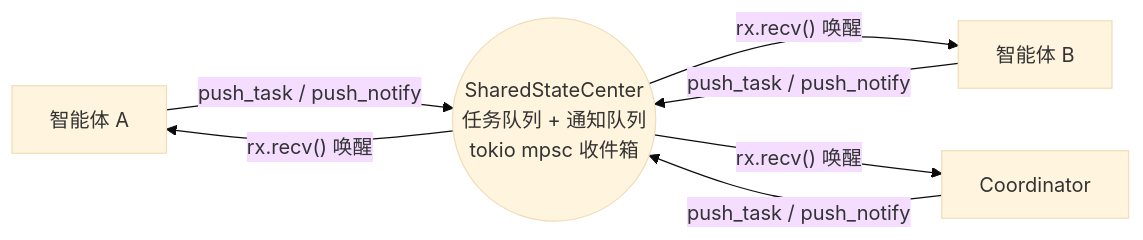
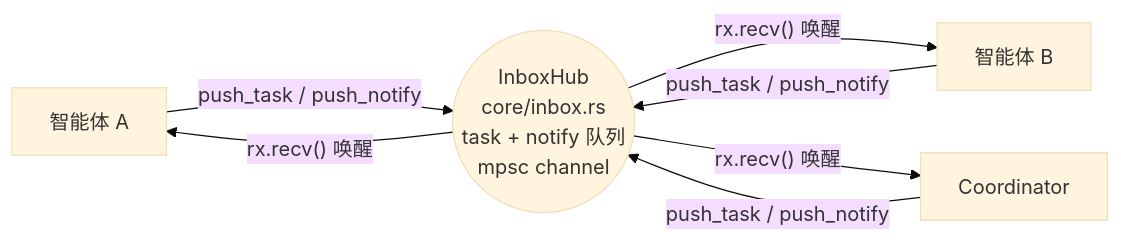
One commit to free-wyq/multi-Agent changed the second of 6 diagrams in README.md. Above: the diagram before and after it, drawn with Mermaid (base theme). The commit also changed other lines of this file and 9 other files, not shown here.

````diff
--- a/README.md
+++ b/README.md
@@ -52,14 +75,14 @@
 ```mermaid
 graph LR
     A["智能体 A"]
     B["智能体 B"]
     C["Coordinator"]
-    SS(("SharedStateCenter<br/>任务队列 + 通知队列<br/>tokio mpsc 收件箱"))
+    IH(("InboxHub<br/>core/inbox.rs<br/>task + notify 队列<br/>mpsc channel"))
 
-    A -->|"push_task / push_notify"| SS
-    B -->|"push_task / push_notify"| SS
-    C -->|"push_task / push_notify"| SS
-    SS -->|"rx.recv() 唤醒"| A
-    SS -->|"rx.recv() 唤醒"| B
-    SS -->|"rx.recv() 唤醒"| C
+    A -->|"push_task / push_notify"| IH
+    B -->|"push_task / push_notify"| IH
+    C -->|"push_task / push_notify"| IH
+    IH -->|"rx.recv() 唤醒"| A
+    IH -->|"rx.recv() 唤醒"| B
+    IH -->|"rx.recv() 唤醒"| C
 ```
````
